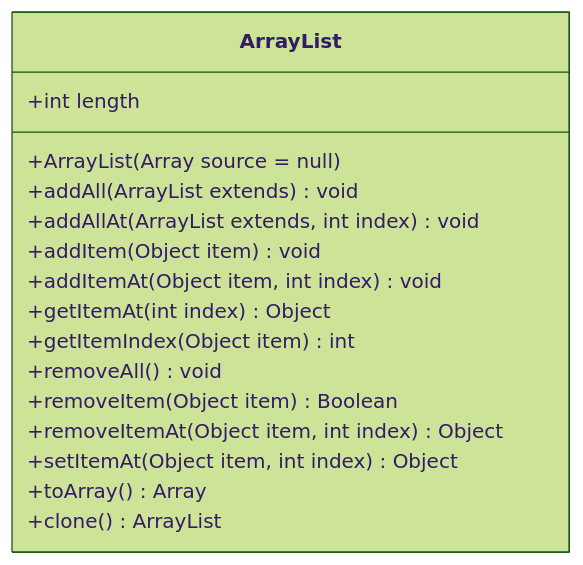
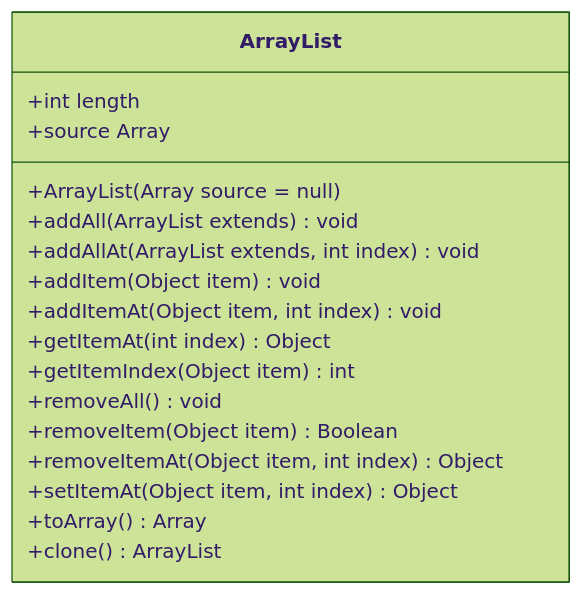
One commit to oceanTsai/f2e.training changed the diagram in ArrayList.md. Above: the diagram before and after it, drawn with Mermaid (forest theme). The commit also changed other lines of this file, not shown here.

Commit message:
docs(ArrayList): modify ArrayList document.

````diff
--- a/ArrayList.md
+++ b/ArrayList.md
@@ -37,18 +42,19 @@
 ```mermaid
 classDiagram
     class ArrayList
     ArrayList : +int length
+    ArrayList : +source Array
     ArrayList : +ArrayList(Array source = null)
     ArrayList : +addAll(ArrayList extends) void
     ArrayList : +addAllAt(ArrayList extends, int index) void
     ArrayList : +addItem(Object item) void
     ArrayList : +addItemAt(Object item, int index) void
     ArrayList : +getItemAt(int index) Object
     ArrayList : +getItemIndex(Object item) int
     ArrayList : +removeAll() void
     ArrayList : +removeItem(Object item) Boolean
     ArrayList : +removeItemAt(Object item, int index) Object
     ArrayList : +setItemAt(Object item, int index) Object
     ArrayList : +toArray() Array
     ArrayList : +clone() ArrayList
 ```
````
